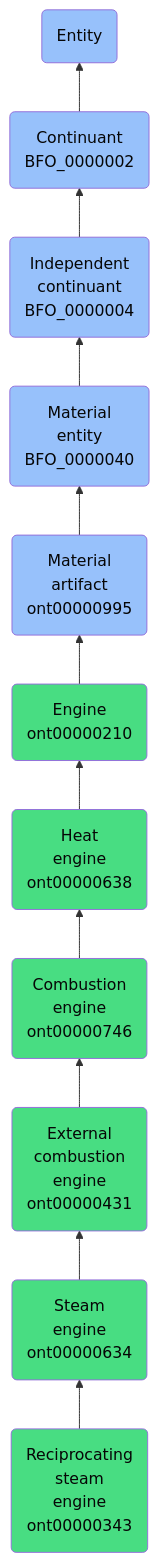
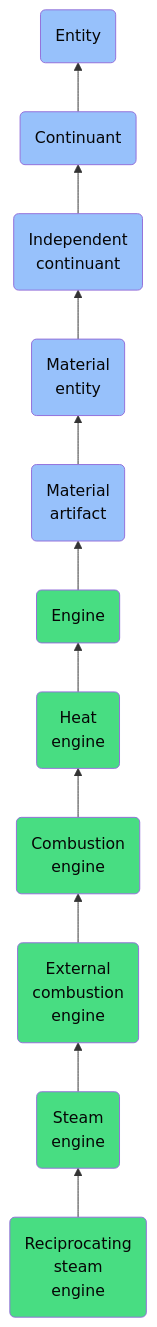
The diagram in docs/ontology/reference/model/Entity/Continuant/Independent continuant/Material entity/Material artifact/Engine/Heat engine/Combustion engine/External combustion engine/Steam engine/Reciprocating steam engine/Reciprocating steam engine.md (jupyter-naas/abi), drawn with Mermaid before and after one commit. The commit also changed other lines of this file and 1430 other files, not shown here.

````diff
--- a/docs/ontology/reference/model/Entity/Continuant/Independent continuant/Material entity/Material artifact/Engine/Heat engine/Combustion engine/External combustion engine/Steam engine/Reciprocating steam engine/Reciprocating steam engine.md
+++ b/docs/ontology/reference/model/Entity/Continuant/Independent continuant/Material entity/Material artifact/Engine/Heat engine/Combustion engine/External combustion engine/Steam engine/Reciprocating steam engine/Reciprocating steam engine.md
@@ -24,18 +24,18 @@
 ```mermaid
 graph BT
-    ont00000343(Reciprocating<br>steam<br>engine<br>ont00000343):::ABI-->ont00000634
-    ont00000634(Steam<br>engine<br>ont00000634):::ABI-->ont00000431
-    ont00000431(External<br>combustion<br>engine<br>ont00000431):::ABI-->ont00000746
-    ont00000746(Combustion<br>engine<br>ont00000746):::ABI-->ont00000638
-    ont00000638(Heat<br>engine<br>ont00000638):::ABI-->ont00000210
-    ont00000210(Engine<br>ont00000210):::ABI-->ont00000995
-    ont00000995(Material<br>artifact<br>ont00000995):::BFO-->BFO_0000040
-    BFO_0000040(Material<br>entity<br>BFO_0000040):::BFO-->BFO_0000004
-    BFO_0000004(Independent<br>continuant<br>BFO_0000004):::BFO-->BFO_0000002
-    BFO_0000002(Continuant<br>BFO_0000002):::BFO-->BFO_0000001
+    ont00000343(Reciprocating<br>steam<br>engine):::ABI-->ont00000634
+    ont00000634(Steam<br>engine):::ABI-->ont00000431
+    ont00000431(External<br>combustion<br>engine):::ABI-->ont00000746
+    ont00000746(Combustion<br>engine):::ABI-->ont00000638
+    ont00000638(Heat<br>engine):::ABI-->ont00000210
+    ont00000210(Engine):::ABI-->ont00000995
+    ont00000995(Material<br>artifact):::BFO-->BFO_0000040
+    BFO_0000040(Material<br>entity):::BFO-->BFO_0000004
+    BFO_0000004(Independent<br>continuant):::BFO-->BFO_0000002
+    BFO_0000002(Continuant):::BFO-->BFO_0000001
     BFO_0000001(Entity):::BFO
     
     classDef BFO fill:#97c1fb,color:#060606
     classDef CCO fill:#e4c51e,color:#060606
     classDef ABI fill:#48DD82,color:#060606
 ```
````
